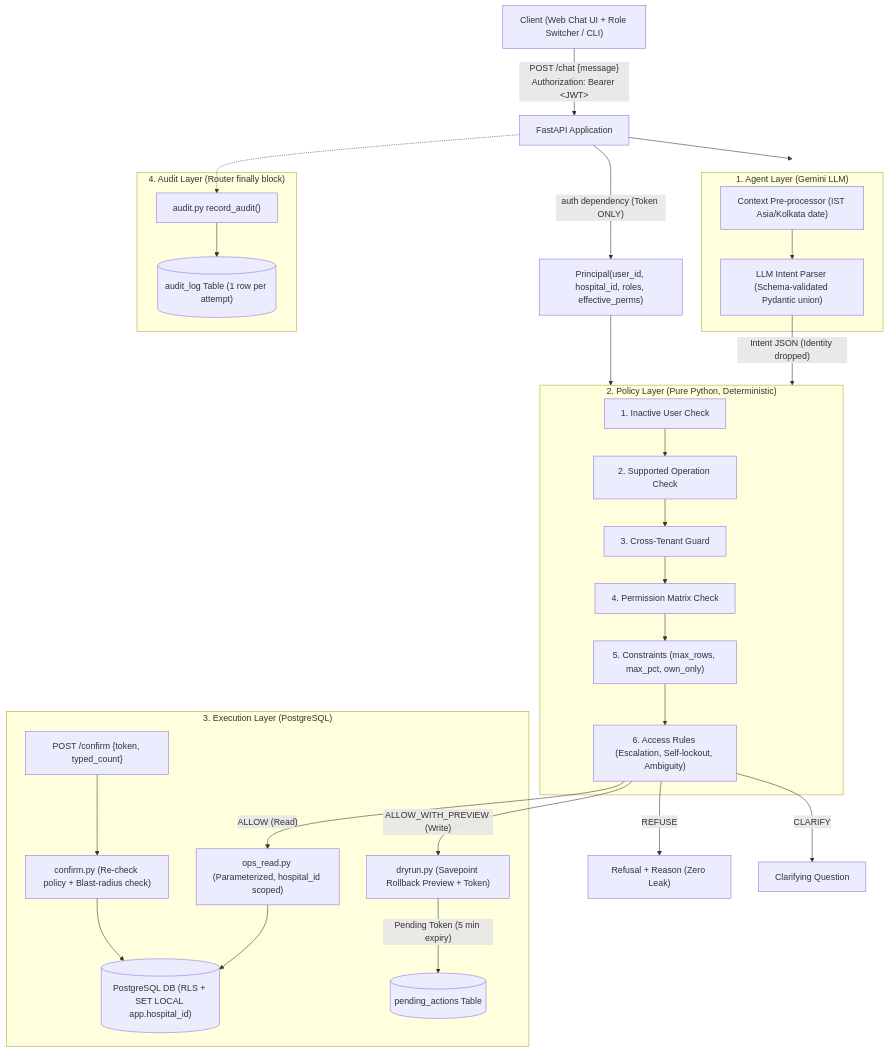
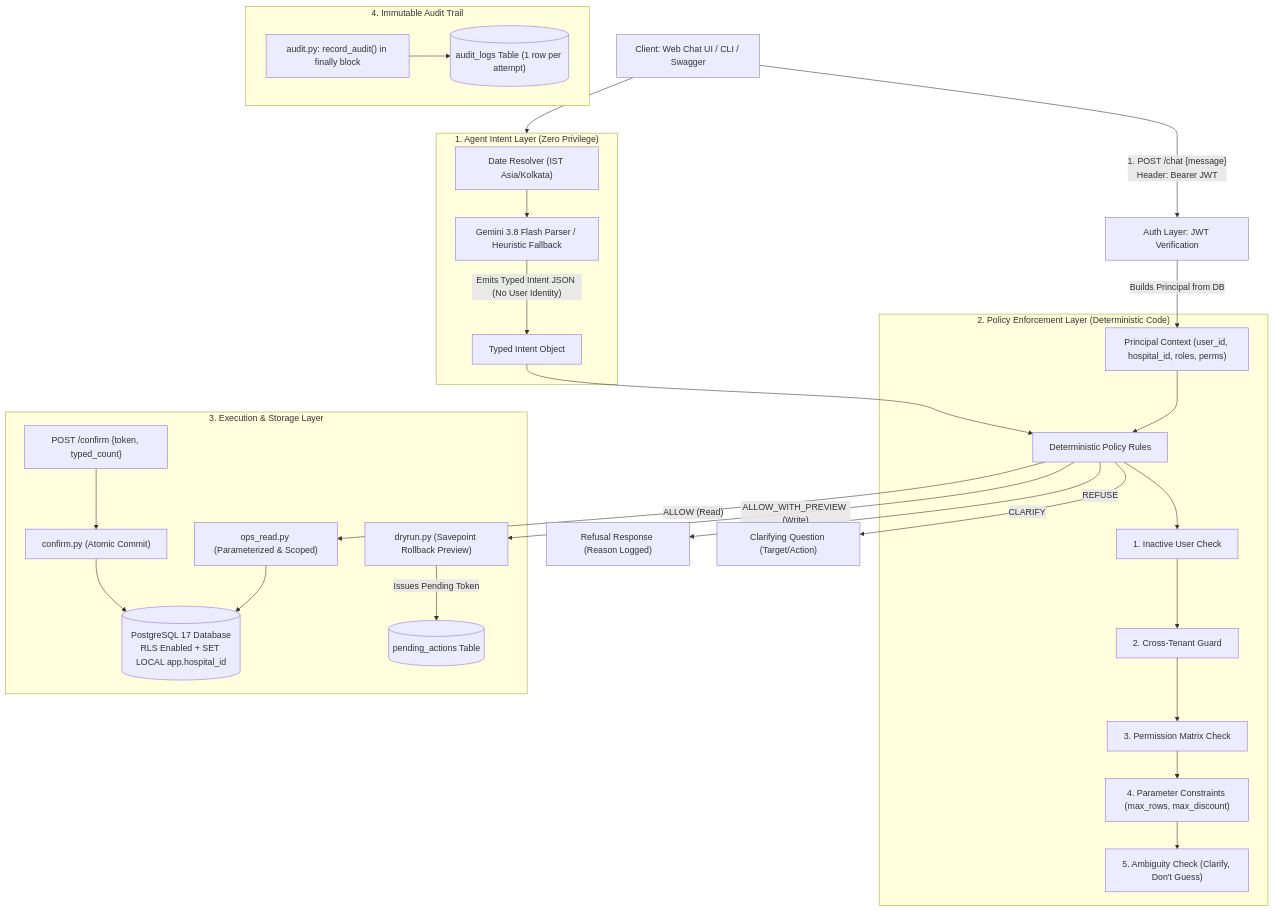
One commit to chevalasandeep8374/Take-Home-Permission-Aware-Operations-Agent changed the diagram in README.md. Above: the diagram before and after it, drawn with Mermaid. The commit also changed other lines of this file, not shown here.

Commit message:
docs: rewrite README with tech stack, hard requirements compliance, docker instructions, and architecture

````diff
--- a/README.md
+++ b/README.md
@@ -15,45 +46,40 @@
 ```mermaid
 flowchart TD
-    Client["Client (Web Chat UI + Role Switcher / CLI)"] -->|"POST /chat {message}<br/>Authorization: Bearer &lt;JWT&gt;"| FastAPI["FastAPI Application"]
-    FastAPI -->|"auth dependency (Token ONLY)"| PrincipalContext["Principal(user_id, hospital_id, roles, effective_perms)"]
+    Client["Client: Web Chat UI / CLI / Swagger"] -->|"1. POST /chat {message}<br/>Header: Bearer JWT"| AuthMiddleware["Auth Layer: JWT Verification"]
+    AuthMiddleware -->|"Builds Principal from DB"| Principal["Principal Context (user_id, hospital_id, roles, perms)"]
     
-    subgraph AgentLayer["1. Agent Layer (Gemini LLM)"]
-        PreProc["Context Pre-processor (IST Asia/Kolkata date)"]
-        LLMParser["LLM Intent Parser (Schema-validated Pydantic union)"]
-        PreProc --> LLMParser
+    subgraph AgentLayer["1. Agent Intent Layer (Zero Privilege)"]
+        DateEngine["Date Resolver (IST Asia/Kolkata)"] --> Parser["Gemini 3.8 Flash Parser / Heuristic Fallback"]
+        Parser -->|"Emits Typed Intent JSON (No User Identity)"| IntentObj["Typed Intent Object"]
     end
     
-    FastAPI --> AgentLayer
-    LLMParser -->|"Intent JSON (Identity dropped)"| PolicyLayer
-    PrincipalContext --> PolicyLayer
+    Client --> AgentLayer
     
-    subgraph PolicyLayer["2. Policy Layer (Pure Python, Deterministic)"]
-        P1["1. Inactive User Check"]
-        P2["2. Supported Operation Check"]
-        P3["3. Cross-Tenant Guard"]
-        P4["4. Permission Matrix Check"]
-        P5["5. Constraints (max_rows, max_pct, own_only)"]
-        P6["6. Access Rules (Escalation, Self-lockout, Ambiguity)"]
-        P1 --> P2 --> P3 --> P4 --> P5 --> P6
+    subgraph PolicyEngine["2. Policy Enforcement Layer (Deterministic Code)"]
+        Principal --> GateKeeper["Deterministic Policy Rules"]
+        IntentObj --> GateKeeper
+        GateKeeper --> Rule1["1. Inactive User Check"]
+        Rule1 --> Rule2["2. Cross-Tenant Guard"]
+        Rule2 --> Rule3["3. Permission Matrix Check"]
+        Rule3 --> Rule4["4. Parameter Constraints (max_rows, max_discount)"]
+        Rule4 --> Rule5["5. Ambiguity Check (Clarify, Don't Guess)"]
     end
     
-    P6 -->|"REFUSE"| ExitRefuse["Refusal + Reason (Zero Leak)"]
-    P6 -->|"CLARIFY"| ExitClarify["Clarifying Question"]
-    P6 -->|"ALLOW (Read)"| ExecRead["ops_read.py (Parameterized, hospital_id scoped)"]
-    P6 -->|"ALLOW_WITH_PREVIEW (Write)"| DryRun["dryrun.py (Savepoint Rollback Preview + Token)"]
+    GateKeeper -->|"REFUSE"| ExitRefuse["Refusal Response (Reason Logged)"]
+    GateKeeper -->|"CLARIFY"| ExitClarify["Clarifying Question (Target/Action)"]
+    GateKeeper -->|"ALLOW (Read)"| ExecRead["ops_read.py (Parameterized & Scoped)"]
+    GateKeeper -->|"ALLOW_WITH_PREVIEW (Write)"| DryRun["dryrun.py (Savepoint Rollback Preview)"]
     
-    subgraph ExecLayer["3. Execution Layer (PostgreSQL)"]
-        ExecRead --> PostgreSQL[("PostgreSQL DB (RLS + SET LOCAL app.hospital_id)")]
-        DryRun -->|"Pending Token (5 min expiry)"| PendingActions[("pending_actions Table")]
-        ConfirmReq["POST /confirm {token, typed_count}"] --> ConfirmOp["confirm.py (Re-check policy + Blast-radius check)"]
-        ConfirmOp --> PostgreSQL
+    subgraph ExecLayer["3. Execution & Storage Layer"]
+        ExecRead --> PostgreSQL[("PostgreSQL 17 Database<br/>RLS Enabled + SET LOCAL app.hospital_id")]
+        DryRun -->|"Issues Pending Token"| PendingStore[("pending_actions Table")]
+        ConfirmReq["POST /confirm {token, typed_count}"] --> ConfirmExec["confirm.py (Atomic Commit)"]
+        ConfirmExec --> PostgreSQL
     end
     
-    subgraph AuditLayer["4. Audit Layer (Router finally block)"]
-        AuditRecord["audit.py record_audit()"]
-        AuditLog[("audit_log Table (1 row per attempt)")]
+    subgraph AuditLayer["4. Immutable Audit Trail"]
+        AuditRecord["audit.py: record_audit() in finally block"]
+        AuditLog[("audit_logs Table (1 row per attempt)")]
         AuditRecord --> AuditLog
     end
-    
-    FastAPI -.-> AuditRecord
 ```
````
